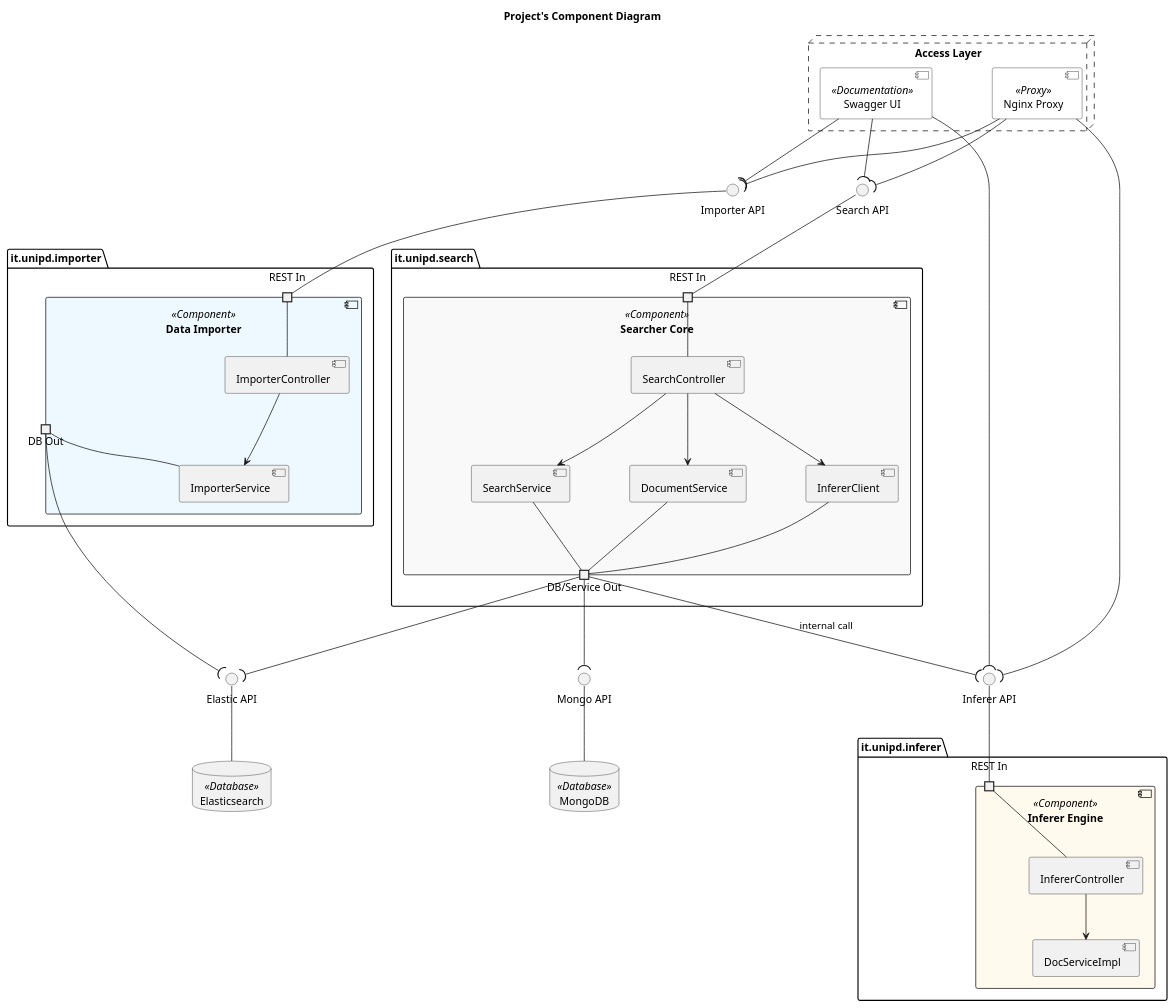
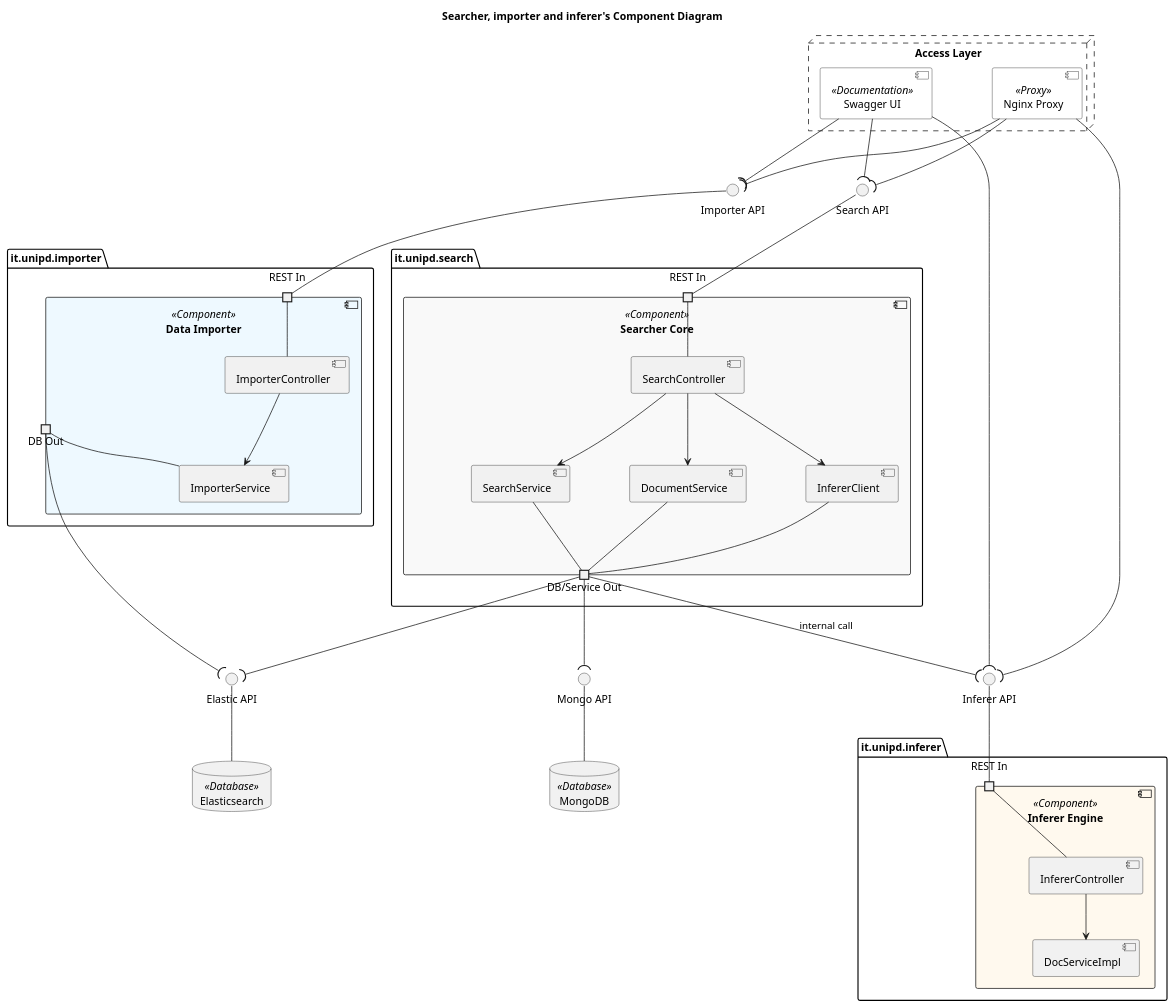
The diagram in documentation/Immagini presentazione/4+1 view model/Implementation_developer_view/Component diagram/componentDiagram.plantuml (esspadoo/microservices-web-app), drawn with PlantUML before and after one commit. The commit also changed 1 other file, not shown here.

Commit message:
corrected diagrams

```diff
--- a/documentation/Immagini presentazione/4+1 view model/Implementation_developer_view/Component diagram/componentDiagram.plantuml
+++ b/documentation/Immagini presentazione/4+1 view model/Implementation_developer_view/Component diagram/componentDiagram.plantuml
@@ -1,102 +1,102 @@
 @startuml
 ' Layout impostato per evitare incroci di linee
 skinparam componentStyle uml2
 skinparam nodesep 80
 skinparam ranksep 60
 
-title Project's Component Diagram
+title Searcher, importer and inferer's Component Diagram
 
 ' --- INTERFACCE ---
 interface "Search API" as ISearch
 interface "Importer API" as IImp
 interface "Inferer API" as IInf
 interface "Elastic API" as IES
 interface "Mongo API" as IMongo
 
 ' --- INFRASTRUTTURA ---
 node "Access Layer" #line.dashed {
     [Nginx Proxy] as NG <<Proxy>> #white
     [Swagger UI] as SW <<Documentation>> #white
 }
 
 ' --- MODULO INFERER ---
 package "it.unipd.inferer" {
     component "Inferer Engine" as ModInf <<Component>> #fff9ee {
         portin "REST In" as pInfIn
         [InfererController] as InfCtrl
         [DocServiceImpl] as DocSrv
         
         pInfIn -down- InfCtrl
         InfCtrl -down-> DocSrv
     }
 }
 
 ' --- MODULO SEARCHER ---
 package "it.unipd.search" {
     component "Searcher Core" as ModSearch <<Component>> #f9f9f9 {
         portin "REST In" as pSeaIn
         portout "DB/Service Out" as pSeaOut
         
         [SearchController] as SeaCtrl
         [SearchService] as SeaSrv
         [DocumentService] as DocSrvSearch
         [InfererClient] as InfCli
         
         pSeaIn -down- SeaCtrl
         SeaCtrl -down-> SeaSrv
         SeaCtrl -down-> DocSrvSearch
         SeaCtrl -down-> InfCli
         
         SeaSrv -down- pSeaOut
         DocSrvSearch -down- pSeaOut
         InfCli -down- pSeaOut
     }
 }
 
 ' --- MODULO IMPORTER ---
 package "it.unipd.importer" {
     component "Data Importer" as ModImp <<Component>> #eef9ff {
         portin "REST In" as pImpIn
         portout "DB Out" as pImpOut
         
         [ImporterController] as ImpCtrl
         [ImporterService] as ImpSrv
         
         pImpIn -down- ImpCtrl
         ImpCtrl -down-> ImpSrv
         ImpSrv -down- pImpOut
     }
 }
 
 ' --- STORAGE ---
 database "Elasticsearch" as ES <<Database>>
 database "MongoDB" as Mongo <<Database>>
 
 ' --- CONNESSIONI E INTERFACCE (Notation: Ball-and-Socket) ---
 
 ' Connessioni Entry Point (Semicerchio richiede -> Cerchio fornisce)
 NG --( ISearch
 NG --( IImp
 NG --( IInf
 
 SW --( ISearch
 SW --( IImp
 SW --( IInf
 
 ' Mapping Porte -> Interfacce Fornite (Cerchio)
 pSeaIn -up- ISearch
 pImpIn -up- IImp
 pInfIn -up- IInf
 
 ' Mapping Porte -> Interfacce Richieste (Semicerchio)
 pSeaOut --( IES
 pSeaOut --( IMongo
 pSeaOut --( IInf : "internal call"
 
 pImpOut --( IES
 
 ' Mapping Interfacce Fornite dai Database
 IES -down- ES
 IMongo -down- Mongo
 
 @enduml
```
